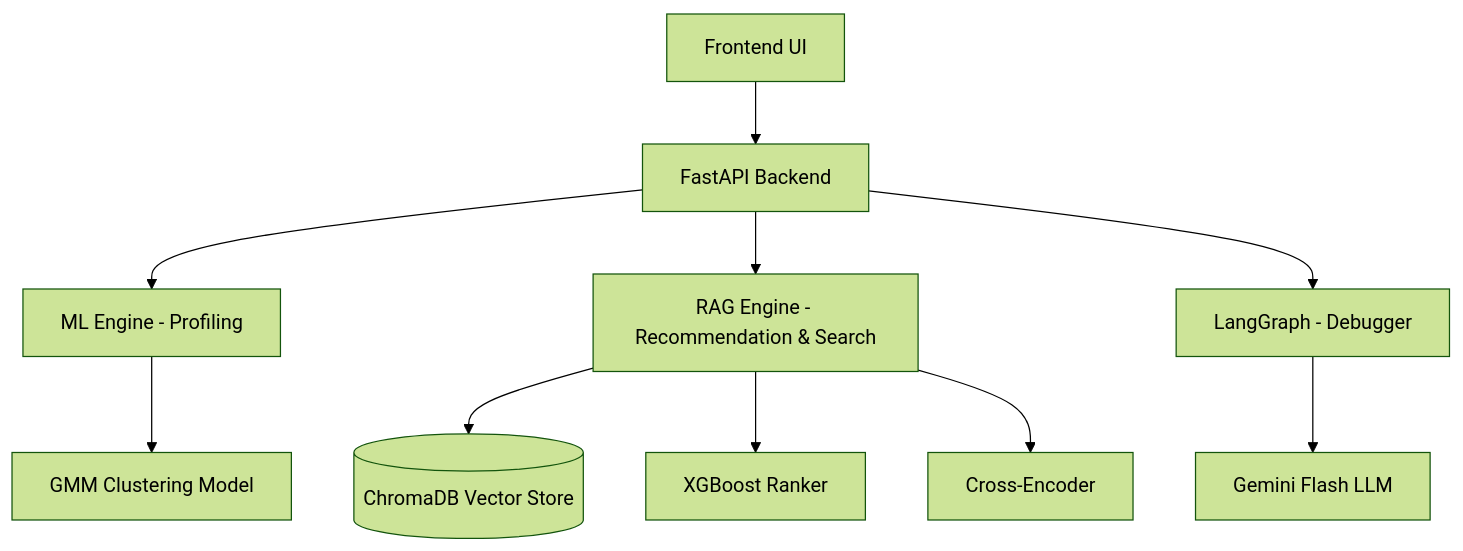
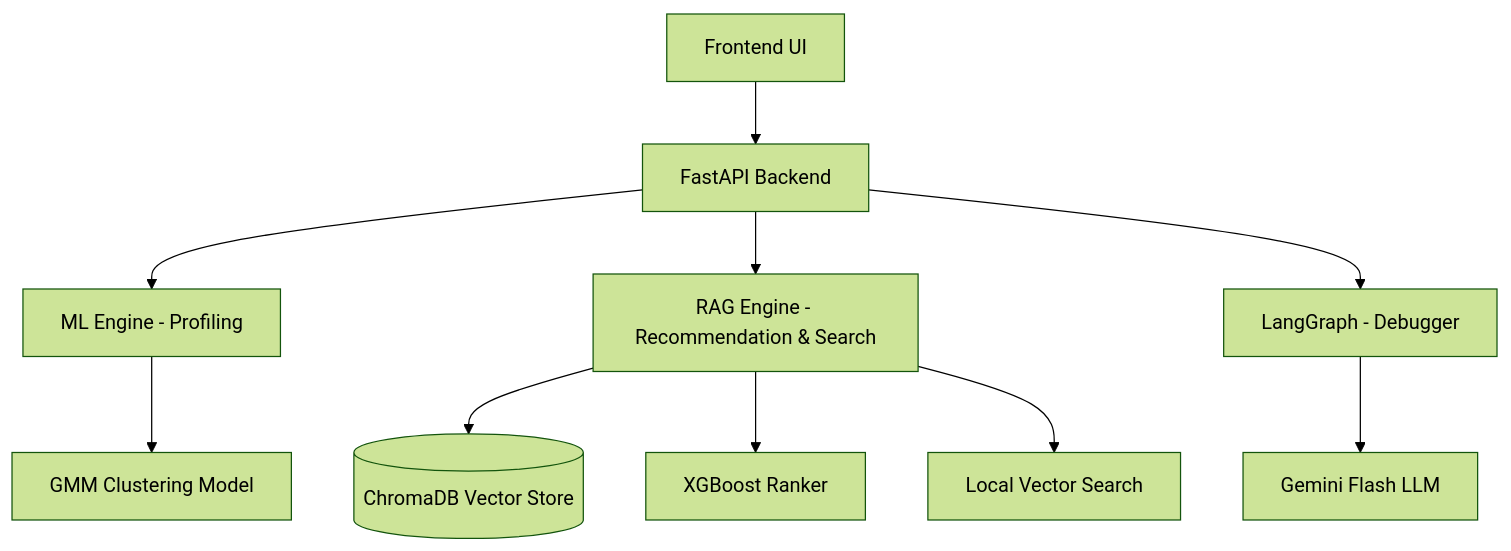
One commit to vaibhavreddy1098/Codeforces-Coach changed the first of 3 diagrams in README.md. Above: the diagram before and after it, drawn with Mermaid (forest theme). The commit also changed other lines of this file and 13 other files, not shown here.

````diff
--- a/README.md
+++ b/README.md
@@ -23,14 +23,14 @@
 ```mermaid
 graph TD
     UI[Frontend UI] --> API[FastAPI Backend]
     API --> ML[ML Engine - Profiling]
     API --> RAG[RAG Engine - Recommendation & Search]
     API --> AGENT[LangGraph - Debugger]
     
     ML --> GMM[GMM Clustering Model]
     RAG --> CHROMA[(ChromaDB Vector Store)]
     RAG --> XGB[XGBoost Ranker]
-    RAG --> CE[Cross-Encoder]
+    RAG --> VEC[Local Vector Search]
     
     AGENT --> GEMINI[Gemini Flash LLM]
 ```
````
